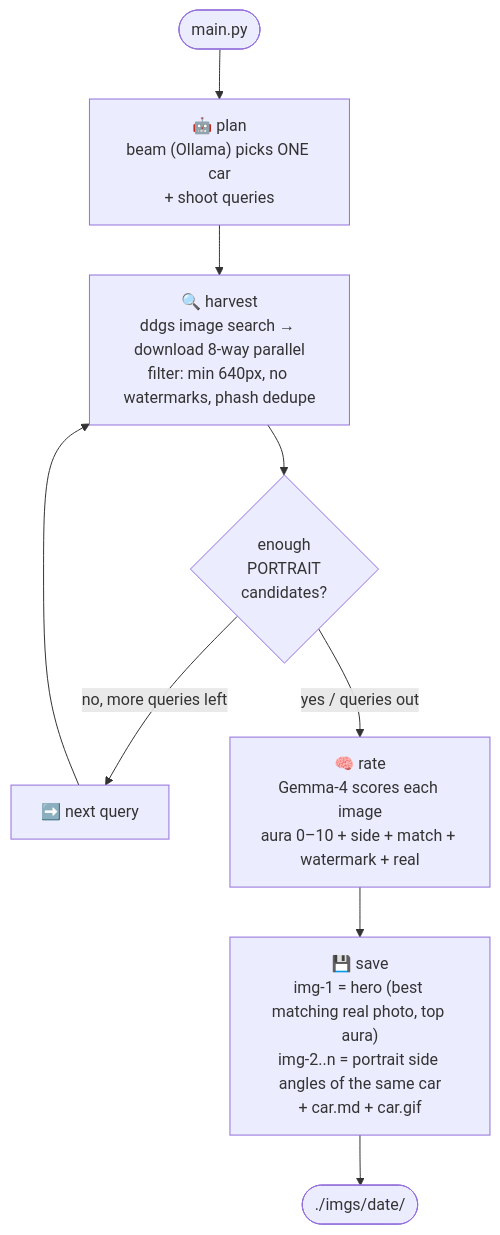
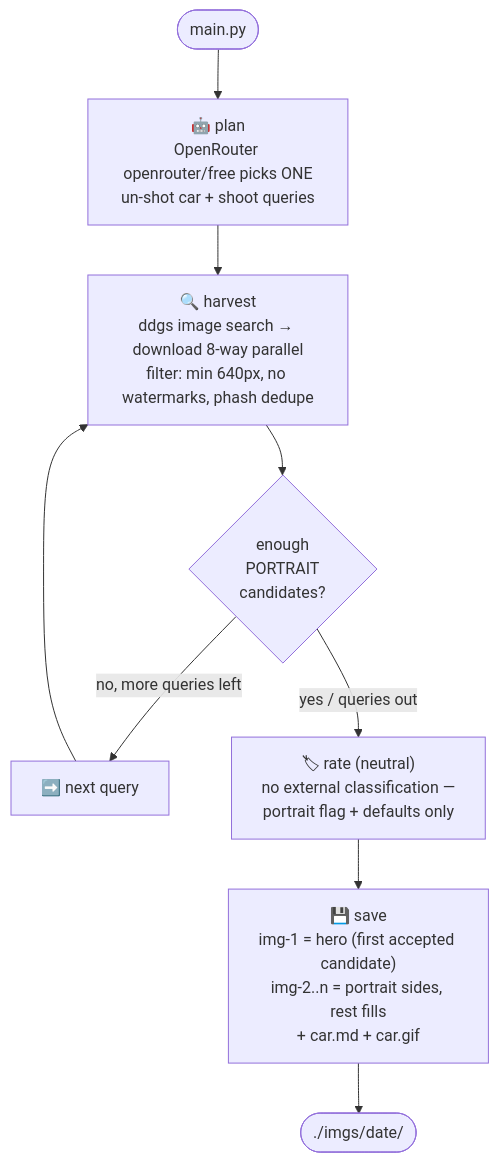
Before and after one commit to Abdulhadi446/image-collector: the first of 4 diagrams in README.md, drawn with Mermaid. The commit also changed other lines of this file and 16 other files, not shown here.

Commit message:
Switch planner to OpenRouter openrouter/free, 13-car pool that refuses re-shoots, fix cron push drift, drop duplicate 2026-11-09-18 shoot

````diff
--- a/README.md
+++ b/README.md
@@ -16,10 +16,10 @@
 ```mermaid
 flowchart TD
-    START([main.py]) --> plan["🤖 plan<br/>beam (Ollama) picks ONE car<br/>+ shoot queries"]
+    START([main.py]) --> plan["🤖 plan<br/>OpenRouter openrouter/free picks ONE<br/>un-shot car + shoot queries"]
     plan --> harvest["🔍 harvest<br/>ddgs image search → download 8-way parallel<br/>filter: min 640px, no watermarks, phash dedupe"]
     harvest --> route{"enough<br/>PORTRAIT<br/>candidates?"}
     route -- "no, more queries left" --> advance["➡️ next query"] --> harvest
-    route -- "yes / queries out" --> rate["🧠 rate<br/>Gemma-4 scores each image<br/>aura 0–10 + side + match + watermark + real"]
-    rate --> save["💾 save<br/>img-1 = hero (best matching real photo, top aura)<br/>img-2..n = portrait side angles of the same car<br/>+ car.md + car.gif"]
+    route -- "yes / queries out" --> rate["🏷 rate (neutral)<br/>no external classification —<br/>portrait flag + defaults only"]
+    rate --> save["💾 save<br/>img-1 = hero (first accepted candidate)<br/>img-2..n = portrait sides, rest fills<br/>+ car.md + car.gif"]
     save --> END([./imgs/date/])
 ```
````
